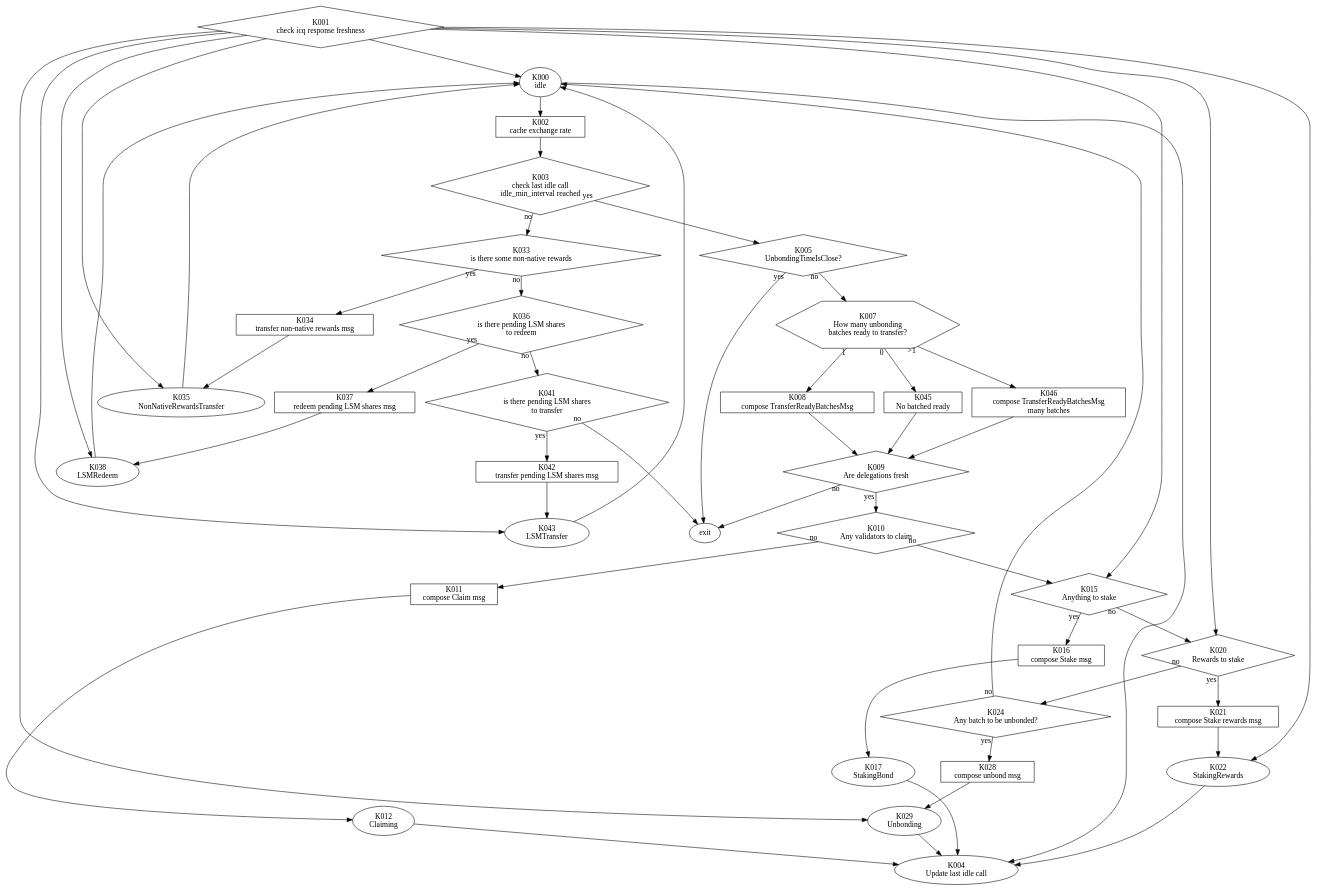
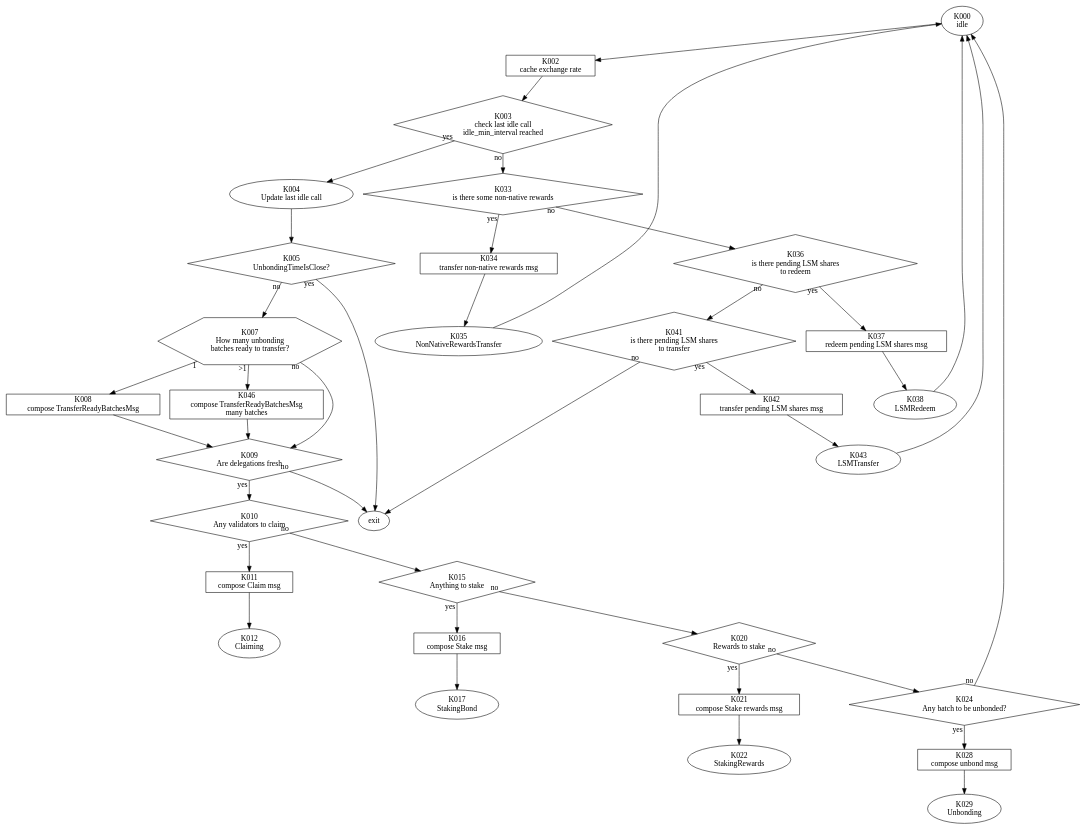
Before and after one commit to hadronlabs-org/drop-contracts: the diagram in graph.gv, drawn with Graphviz. The commit also changed 1 other file, not shown here.

Commit message:
Graph fixes

```diff
--- a/graph.gv
+++ b/graph.gv
@@ -1,110 +1,91 @@
 digraph G {
-    K001 [label = "K001\ncheck icq response freshness";shape = "diamond";];
     K000 [label = "K000\nidle";];
     K002 [label = "K002\ncache exchange rate";shape = "box";];
     K003 [label = "K003\ncheck last idle call\nidle_min_interval reached";shape = "diamond";];
     
     K033 [label = "K033\nis there some non-native rewards";shape = "diamond";];
     K034 [label = "K034\ntransfer non-native rewards msg";shape = "box";];
     K035 [label = "K035\nNonNativeRewardsTransfer";];
     
     K036 [label = "K036\nis there pending LSM shares\nto redeem";shape = "diamond";];
     K037 [label = "K037\nredeem pending LSM shares msg";shape = "box";];
     K038 [label = "K038\nLSMRedeem";];
     
     K041 [label = "K041\nis there pending LSM shares\nto transfer";shape = "diamond";];
     K042 [label = "K042\ntransfer pending LSM shares msg";shape = "box";];
     K043 [label = "K043\nLSMTransfer";];
     
     K005 [label = "K005\nUnbondingTimeIsClose?";shape = "diamond";];
     K007 [label = "K007\nHow many unbonding\nbatches ready to transfer?";shape = "hexagon";];
     K008 [label = "K008\n compose TransferReadyBatchesMsg";shape = "box";];
-    K045 [label = "K045\nNo batched ready";shape = "box";];
     K046 [label = "K046\n compose TransferReadyBatchesMsg\nmany batches";shape = "box";];
     
     K009 [label = "K009\nAre delegations fresh";shape = "diamond";];
     K010 [label = "K010\nAny validators to claim";shape = "diamond";];
     
     K015 [label = "K015\nAnything to stake";shape = "diamond";];
     K016 [label = "K016\ncompose Stake msg";shape = "box";];
     K017 [label = "K017\nStakingBond";];
     
     K020 [label = "K020\nRewards to stake";shape = "diamond";];
     K021 [label = "K021\ncompose Stake rewards msg";shape = "box";];
     K022 [label = "K022\nStakingRewards";];
     
     K024 [label = "K024\nAny batch to be unbonded?";shape = "diamond";];
     K028 [label = "K028\ncompose unbond msg";shape = "box";];
     K029 [label = "K029\nUnbonding";];
     
     K011 [label = "K011\ncompose Claim msg";shape = "box";];
     K012 [label = "K012\nClaiming";];
     K004 [label = "K004\nUpdate last idle call";];
     
     ERR [label = "exit";];
     
-    K001 -> K000;
     K000 -> K002;
     K002 -> K003;
     K003 -> K033 [taillabel = "no";];
     
     K033 -> K034 [taillabel = "yes";];
     K034 -> K035;
     K033 -> K036 [taillabel = "no";];
     K036 -> K037 [taillabel = "yes";];
     K037 -> K038;
     K036 -> K041 [taillabel = "no";];
     K041 -> K042 [taillabel = "yes";];
     K042 -> K043;
     K041 -> ERR [taillabel = "no";];
     
-    K003 -> K005 [taillabel = "yes";];
+    K003 -> K004 [taillabel = "yes";];
+    K004 -> K005;
     K005 -> ERR [taillabel = "yes";];
     K005 -> K007 [taillabel = "no";];
     
-    K007 -> K045 [taillabel = "0";];
     K007 -> K008 [taillabel = "1";];
     K007 -> K046 [taillabel = ">1";];
-    
-    K045 -> K009;
+    K007 -> K009 [taillabel = "no";];
+
     K008 -> K009;
     K046 -> K009;
     
     K009 -> ERR [taillabel = "no";];
     K009 -> K010 [taillabel = "yes";];
     K010 -> K015 [taillabel = "no";];
     K015 -> K016 [taillabel = "yes";];
     K016 -> K017;
     
     K015 -> K020 [taillabel = "no";];
     K020 -> K021 [taillabel = "yes";];
     K021 -> K022;
     
     K020 -> K024 [taillabel = "no";];
     K024 -> K028 [taillabel = "yes";];
     K028 -> K029;
     
     K024 -> K000 [taillabel = "no";];
-    K010 -> K011 [taillabel = "no";];
+    K010 -> K011 [taillabel = "yes";];
     K011 -> K012;
-    K012 -> K004;
     
-    K000 -> K004;
-    K029 -> K004;
-    K022 -> K004;
-    K017 -> K004;
-    
-    K001 -> K038;
     K038 -> K000;
-    
-    K001 -> K043;
     K043 -> K000;
-    
-    K001 -> K035;
     K035 -> K000;
-    
-    K001 -> K015;
-    K001 -> K020;
-    K001 -> K022;
-    K001 -> K029;
 }
```
